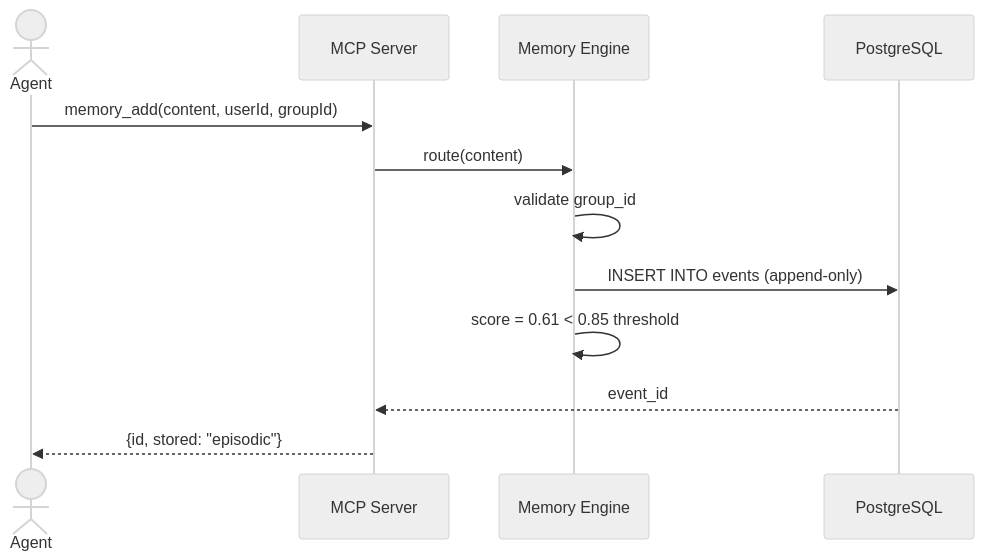
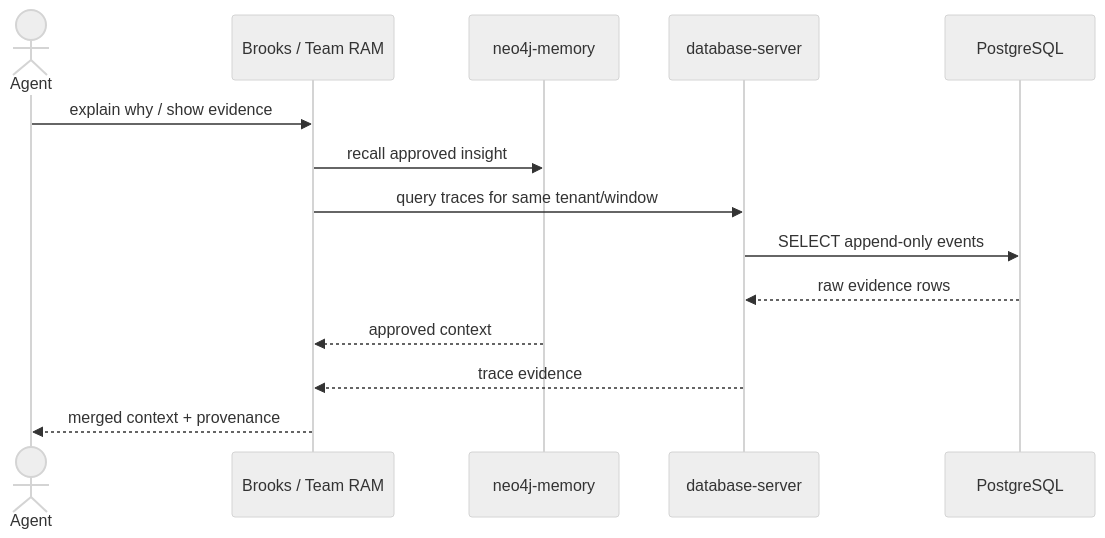
One commit to Charitablebusinessronin/Allura_Memory changed the third of 8 diagrams in docs/allura/SOLUTION-ARCHITECTURE.md. Above: the diagram before and after it, drawn with Mermaid (neutral theme). The commit also changed other lines of this file and 55 other files, not shown here.

````diff
--- a/docs/allura/SOLUTION-ARCHITECTURE.md
+++ b/docs/allura/SOLUTION-ARCHITECTURE.md
@@ -77,15 +121,17 @@
 ```mermaid
 sequenceDiagram
     actor Agent
-    participant MCP as MCP Server
-    participant Engine as Memory Engine
+    participant Brooks as Brooks / Team RAM
+    participant Memory as neo4j-memory
+    participant DB as database-server
     participant PG as PostgreSQL
 
-    Agent->>MCP: memory_add(content, userId, groupId)
-    MCP->>Engine: route(content)
-    Engine->>Engine: validate group_id
-    Engine->>PG: INSERT INTO events (append-only)
-    Engine->>Engine: score = 0.61 < 0.85 threshold
-    PG-->>MCP: event_id
-    MCP-->>Agent: {id, stored: "episodic"}
+    Agent->>Brooks: explain why / show evidence
+    Brooks->>Memory: recall approved insight
+    Brooks->>DB: query traces for same tenant/window
+    DB->>PG: SELECT append-only events
+    PG-->>DB: raw evidence rows
+    Memory-->>Brooks: approved context
+    DB-->>Brooks: trace evidence
+    Brooks-->>Agent: merged context + provenance
 ```
````
